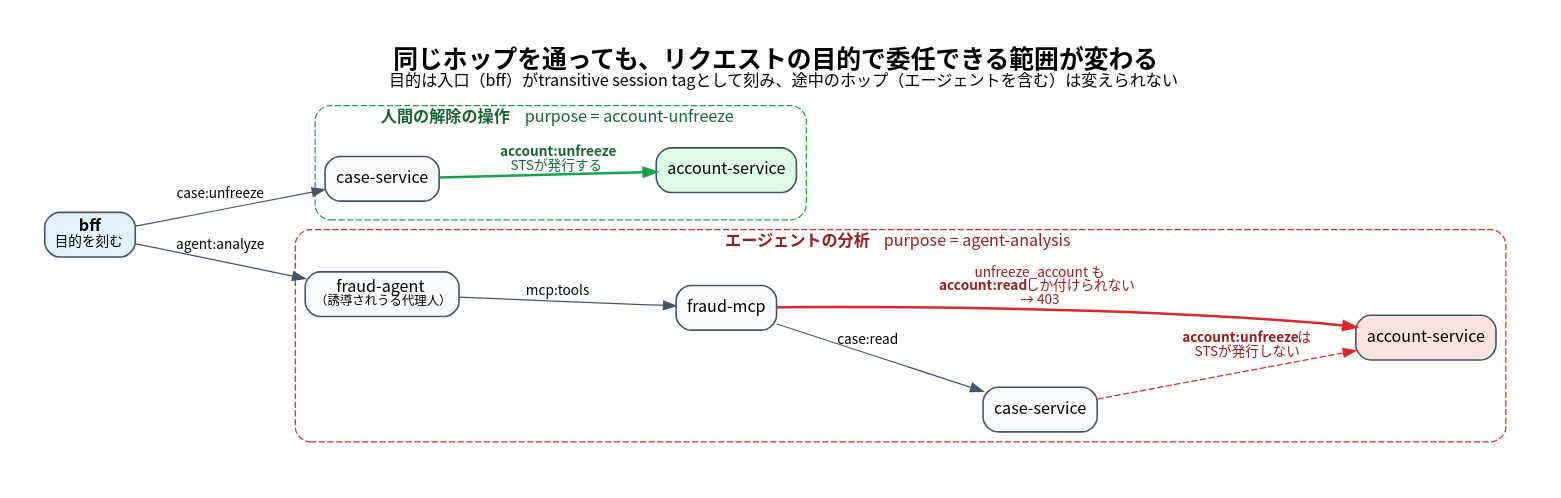
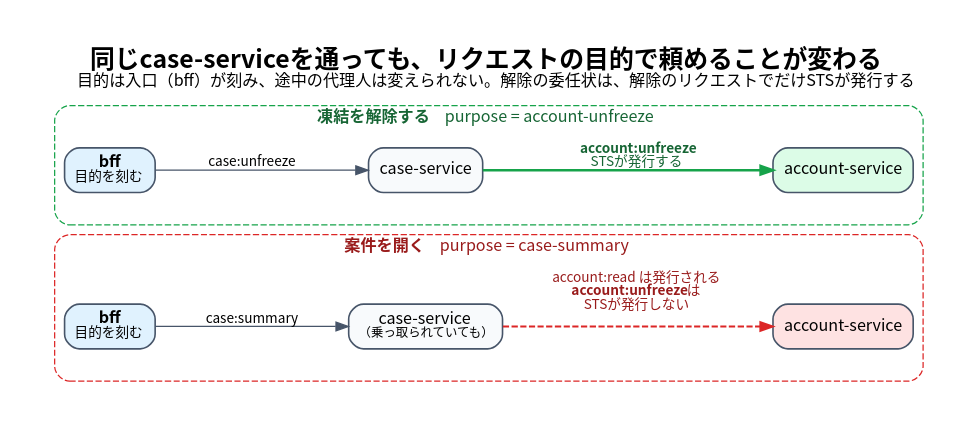
The diagram in drafts/images/02-purpose-paths.dot (mahitotsu/gekko_08), drawn with Graphviz before and after one commit. The commit also changed 4 other files, not shown here.

```diff
--- a/drafts/images/02-purpose-paths.dot
+++ b/drafts/images/02-purpose-paths.dot
@@ -1,29 +1,24 @@
 digraph G {
-  graph [fontname="Noto Sans CJK JP", bgcolor="white", pad="0.4", rankdir=LR, nodesep="0.45", ranksep="0.9", fontsize=20, labelloc=t,
-         label=<<b>同じホップを通っても、リクエストの目的で委任できる範囲が変わる</b><br/><font point-size="13">目的は入口（bff）がtransitive session tagとして刻み、途中のホップ（エージェントを含む）は変えられない</font>>];
+  graph [fontname="Noto Sans CJK JP", bgcolor="white", pad="0.4", rankdir=LR, nodesep="0.5", ranksep="1.1", fontsize=20, labelloc=t,
+         label=<<b>同じcase-serviceを通っても、リクエストの目的で頼めることが変わる</b><br/><font point-size="13">目的は入口（bff）が刻み、途中の代理人は変えられない。解除の委任状は、解除のリクエストでだけSTSが発行する</font>>];
   node [fontname="Noto Sans CJK JP", fontsize=13, shape=box, style="rounded,filled", fillcolor="#f8fafc", color="#475569", penwidth=1.3];
   edge [fontname="Noto Sans CJK JP", fontsize=11, color="#475569"];
 
-  bff [label=<<b>bff</b><br/><font point-size="11">目的を刻む</font>>, fillcolor="#e0f2fe"];
-
-  subgraph cluster_h {
-    label=<<b>人間の解除の操作</b>　purpose = account-unfreeze>; fontsize=13; style="rounded,dashed"; color="#16a34a"; fontcolor="#166534";
-    case1 [label="case-service"];
-    acct1 [label="account-service", fillcolor="#dcfce7"];
+  subgraph cluster_s {
+    label=<<b>案件を開く</b>　purpose = case-summary>; fontsize=13; style="rounded,dashed"; color="#dc2626"; fontcolor="#991b1b";
+    bff1 [label=<<b>bff</b><br/><font point-size="11">目的を刻む</font>>, fillcolor="#e0f2fe"];
+    case1 [label=<case-service<br/><font point-size="10">（乗っ取られていても）</font>>];
+    acct1 [label="account-service", fillcolor="#fee2e2"];
   }
-  subgraph cluster_a {
-    label=<<b>エージェントの分析</b>　purpose = agent-analysis>; fontsize=13; style="rounded,dashed"; color="#dc2626"; fontcolor="#991b1b";
-    agent [label=<fraud-agent<br/><font point-size="10">（誘導されうる代理人）</font>>];
-    mcp [label="fraud-mcp"];
+  subgraph cluster_u {
+    label=<<b>凍結を解除する</b>　purpose = account-unfreeze>; fontsize=13; style="rounded,dashed"; color="#16a34a"; fontcolor="#166534";
+    bff2 [label=<<b>bff</b><br/><font point-size="11">目的を刻む</font>>, fillcolor="#e0f2fe"];
     case2 [label="case-service"];
-    acct2 [label="account-service", fillcolor="#fee2e2"];
+    acct2 [label="account-service", fillcolor="#dcfce7"];
   }
 
-  bff -> case1 [label="case:unfreeze"];
-  case1 -> acct1 [label=<<b>account:unfreeze</b><br/>STSが発行する>, color="#16a34a", fontcolor="#166534", penwidth=2];
-  bff -> agent [label="agent:analyze"];
-  agent -> mcp [label="mcp:tools"];
-  mcp -> acct2 [label=<unfreeze_account も<br/><b>account:read</b> しか付けられない<br/>→ 403>, color="#dc2626", fontcolor="#991b1b", penwidth=2];
-  mcp -> case2 [label="case:read"];
-  case2 -> acct2 [label=<<b>account:unfreeze</b> は<br/>STSが発行しない>, style=dashed, color="#dc2626", fontcolor="#991b1b"];
+  bff1 -> case1 [label="case:summary"];
+  case1 -> acct1 [label=<account:read は発行される<br/><b>account:unfreeze</b> は<br/>STSが発行しない<br/> >, style=dashed, color="#dc2626", fontcolor="#991b1b", penwidth=1.6];
+  bff2 -> case2 [label="case:unfreeze"];
+  case2 -> acct2 [label=<<b>account:unfreeze</b><br/>STSが発行する>, color="#16a34a", fontcolor="#166534", penwidth=2];
 }
```
